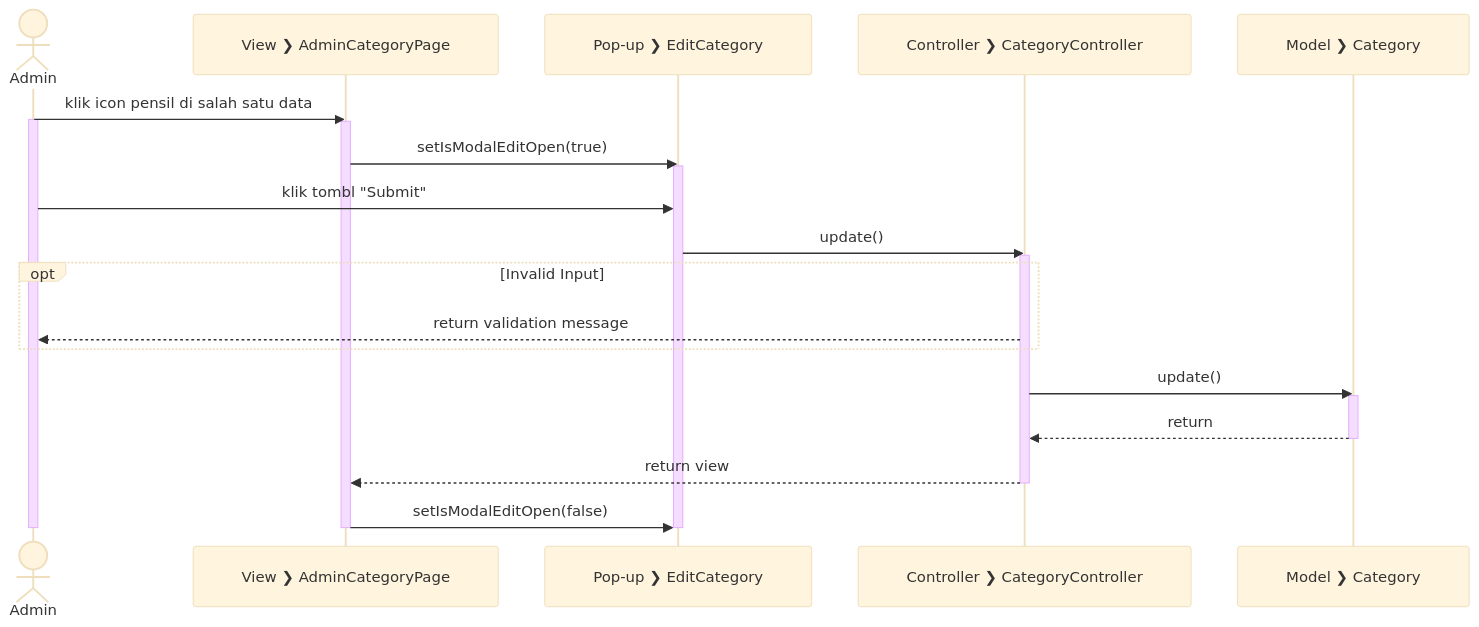
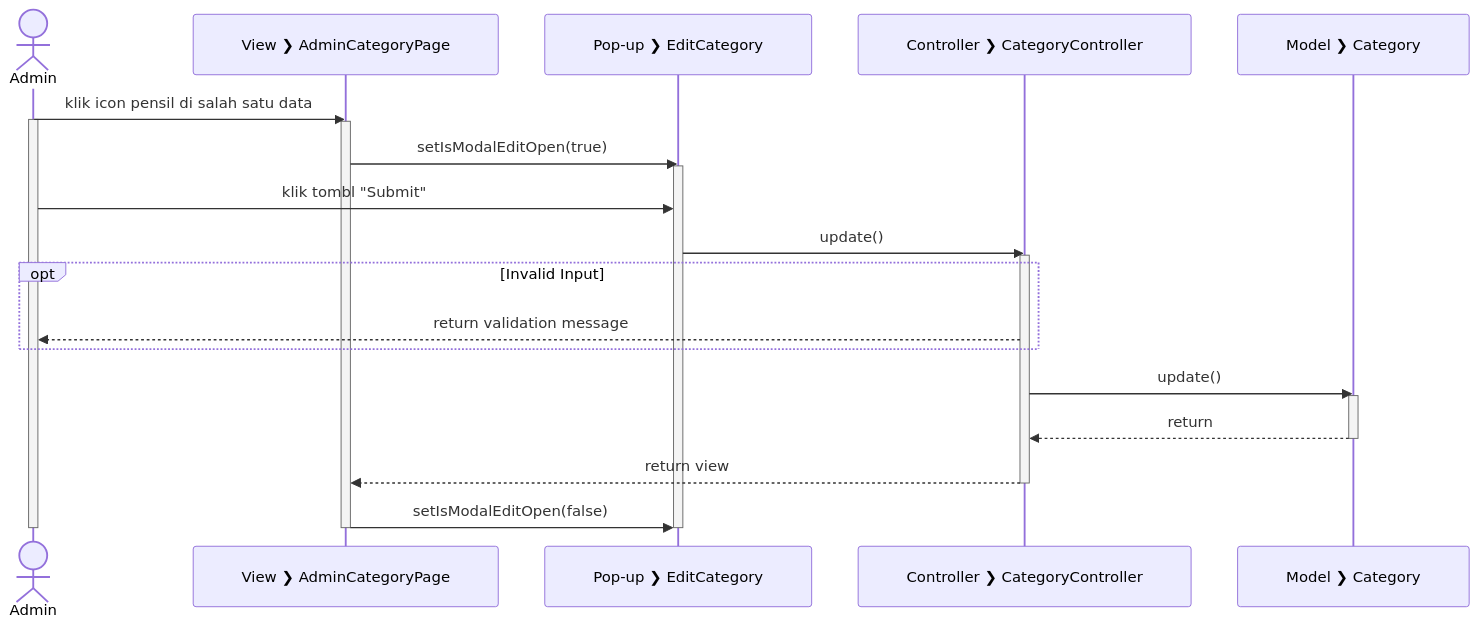
One commit to rizalgrandonk/salesprint-diagrams changed the diagram in sequence/EditAdminCategory.mmd. Above: the diagram before and after it, drawn with Mermaid. The commit also changed 106 other files, not shown here.

Commit message:
update diagram sequence

```diff
--- a/sequence/EditAdminCategory.mmd
+++ b/sequence/EditAdminCategory.mmd
@@ -1,45 +1,45 @@
-%%{init: {'theme': 'base', 'themeVariables': { 'fontSize': '16px', 'fontFamily': 'Inter'}}}%%
+
 sequenceDiagram
   actor Admin
   participant V_ACP as View #10095; AdminCategoryPage
   participant P_EC as Pop-up #10095; EditCategory
   participant C_C as Controller #10095; CategoryController
   participant M_C as Model #10095; Category
   
   Admin->>V_ACP: klik icon pensil di salah satu data
   
   activate Admin
 
   activate V_ACP
 
   V_ACP->>P_EC: setIsModalEditOpen(true)
 
   activate P_EC
 
   Admin->>P_EC: klik tombl "Submit"
   P_EC->>C_C: update()
 
   activate C_C
 
   opt Invalid Input
     C_C-->>Admin: return validation message
   end
 
   C_C->>M_C: update()
   
   activate M_C
   
   M_C-->>C_C: return
 
   deactivate M_C
 
   C_C-->>V_ACP: return view
 
   deactivate C_C
   
   V_ACP->>P_EC: setIsModalEditOpen(false)
 
   deactivate P_EC
   deactivate V_ACP
 
   deactivate Admin
```
